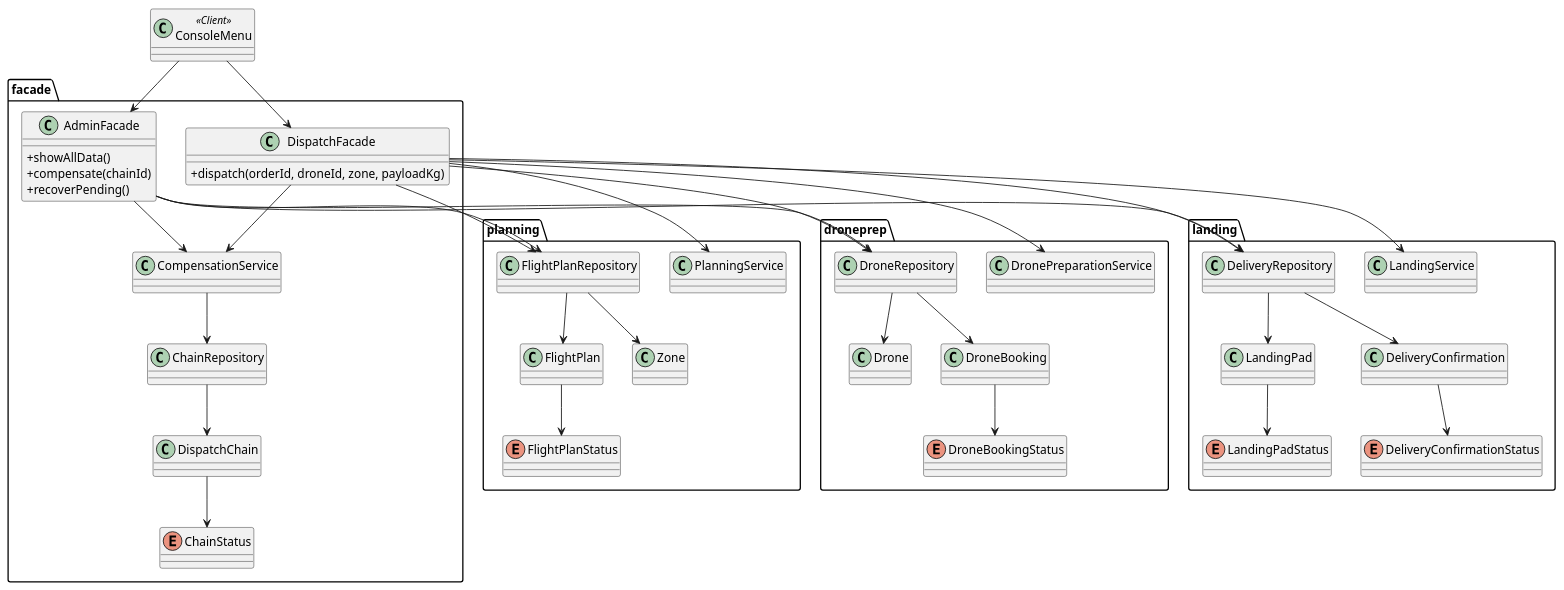
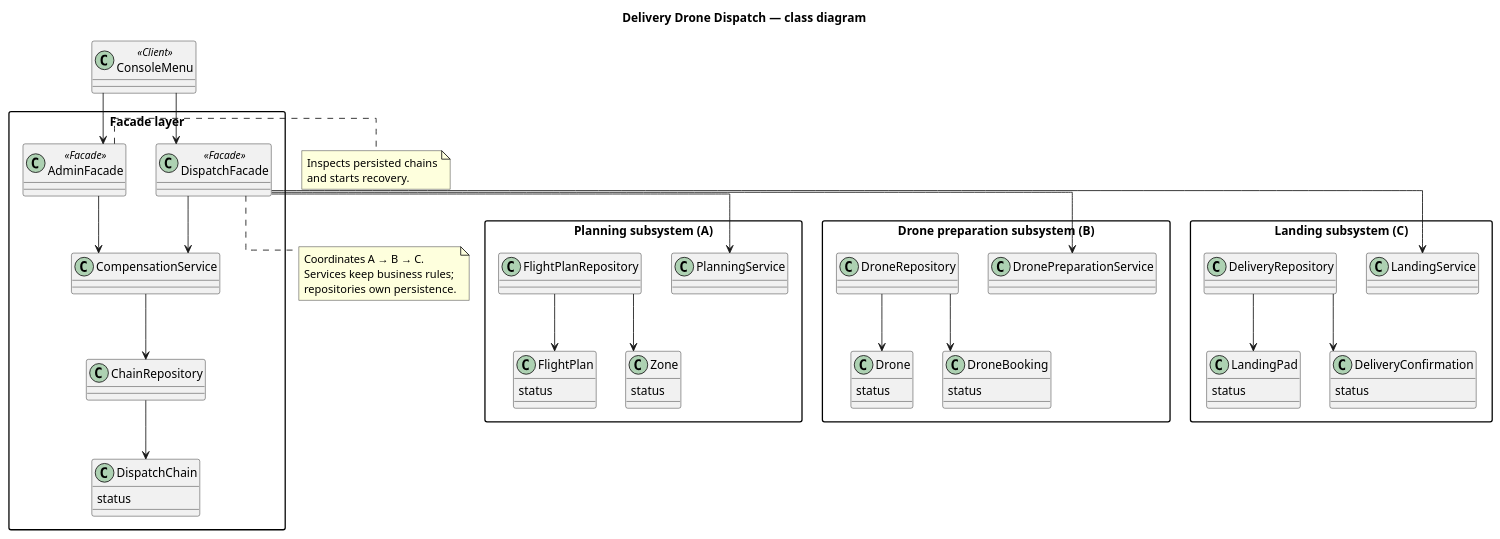
One commit to MangoDeath/delivery-drone-dispatch changed the diagram in docs/class-diagram.puml. Above: the diagram before and after it, drawn with PlantUML. The commit also changed 1 other file, not shown here.

Commit message:
Improve UML diagram layout

```diff
--- a/docs/class-diagram.puml
+++ b/docs/class-diagram.puml
@@ -1,72 +1,83 @@
 @startuml
+title Delivery Drone Dispatch — class diagram
+
+top to bottom direction
 skinparam classAttributeIconSize 0
+skinparam linetype ortho
+skinparam packageStyle rectangle
+skinparam shadowing false
 
 class ConsoleMenu <<Client>>
 
-package planning {
+package "Facade layer" {
+  class DispatchFacade <<Facade>>
+  class AdminFacade <<Facade>>
+  class CompensationService
+  class ChainRepository
+  class DispatchChain {
+    status
+  }
+}
+
+package "Planning subsystem (A)" {
   class PlanningService
   class FlightPlanRepository
-  class FlightPlan
-  class Zone
-  enum FlightPlanStatus
-  FlightPlan --> FlightPlanStatus
-  FlightPlanRepository --> FlightPlan
-  FlightPlanRepository --> Zone
+  class FlightPlan {
+    status
+  }
+  class Zone {
+    status
+  }
 }
 
-package droneprep {
+package "Drone preparation subsystem (B)" {
   class DronePreparationService
   class DroneRepository
-  class Drone
-  class DroneBooking
-  enum DroneBookingStatus
-  DroneBooking --> DroneBookingStatus
-  DroneRepository --> Drone
-  DroneRepository --> DroneBooking
+  class Drone {
+    status
+  }
+  class DroneBooking {
+    status
+  }
 }
 
-package landing {
+package "Landing subsystem (C)" {
   class LandingService
   class DeliveryRepository
-  class LandingPad
-  class DeliveryConfirmation
-  enum LandingPadStatus
-  enum DeliveryConfirmationStatus
-  LandingPad --> LandingPadStatus
-  DeliveryConfirmation --> DeliveryConfirmationStatus
-  DeliveryRepository --> LandingPad
-  DeliveryRepository --> DeliveryConfirmation
-}
-
-package facade {
-  class DispatchFacade {
-    +dispatch(orderId, droneId, zone, payloadKg)
+  class LandingPad {
+    status
   }
-  class AdminFacade {
-    +showAllData()
-    +compensate(chainId)
-    +recoverPending()
+  class DeliveryConfirmation {
+    status
   }
-  class CompensationService
-  class ChainRepository
-  class DispatchChain
-  enum ChainStatus
-  DispatchChain --> ChainStatus
-  ChainRepository --> DispatchChain
-  DispatchFacade --> CompensationService
-  AdminFacade --> CompensationService
-  CompensationService --> ChainRepository
 }
 
 ConsoleMenu --> DispatchFacade
 ConsoleMenu --> AdminFacade
+
 DispatchFacade --> PlanningService
 DispatchFacade --> DronePreparationService
 DispatchFacade --> LandingService
-DispatchFacade --> FlightPlanRepository
-DispatchFacade --> DroneRepository
-DispatchFacade --> DeliveryRepository
-AdminFacade --> FlightPlanRepository
-AdminFacade --> DroneRepository
-AdminFacade --> DeliveryRepository
+DispatchFacade --> CompensationService
+AdminFacade --> CompensationService
+CompensationService --> ChainRepository
+ChainRepository --> DispatchChain
+
+FlightPlanRepository --> FlightPlan
+FlightPlanRepository --> Zone
+DroneRepository --> Drone
+DroneRepository --> DroneBooking
+DeliveryRepository --> LandingPad
+DeliveryRepository --> DeliveryConfirmation
+
+note right of AdminFacade
+  Inspects persisted chains
+  and starts recovery.
+end note
+
+note bottom of DispatchFacade
+  Coordinates A → B → C.
+  Services keep business rules;
+  repositories own persistence.
+end note
 @enduml
```
